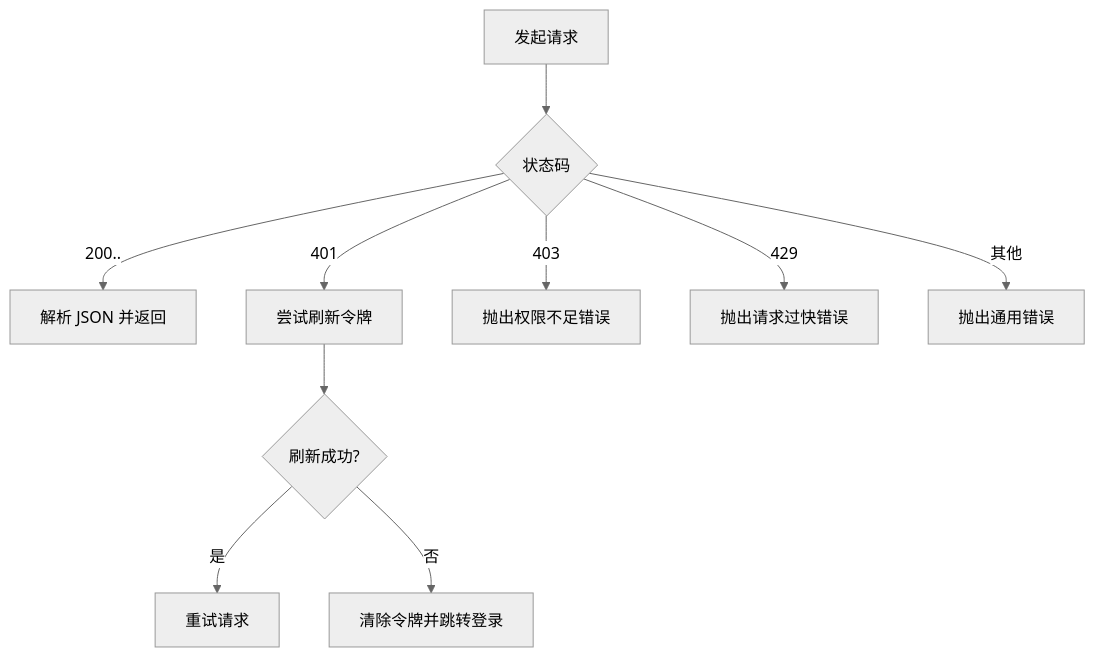
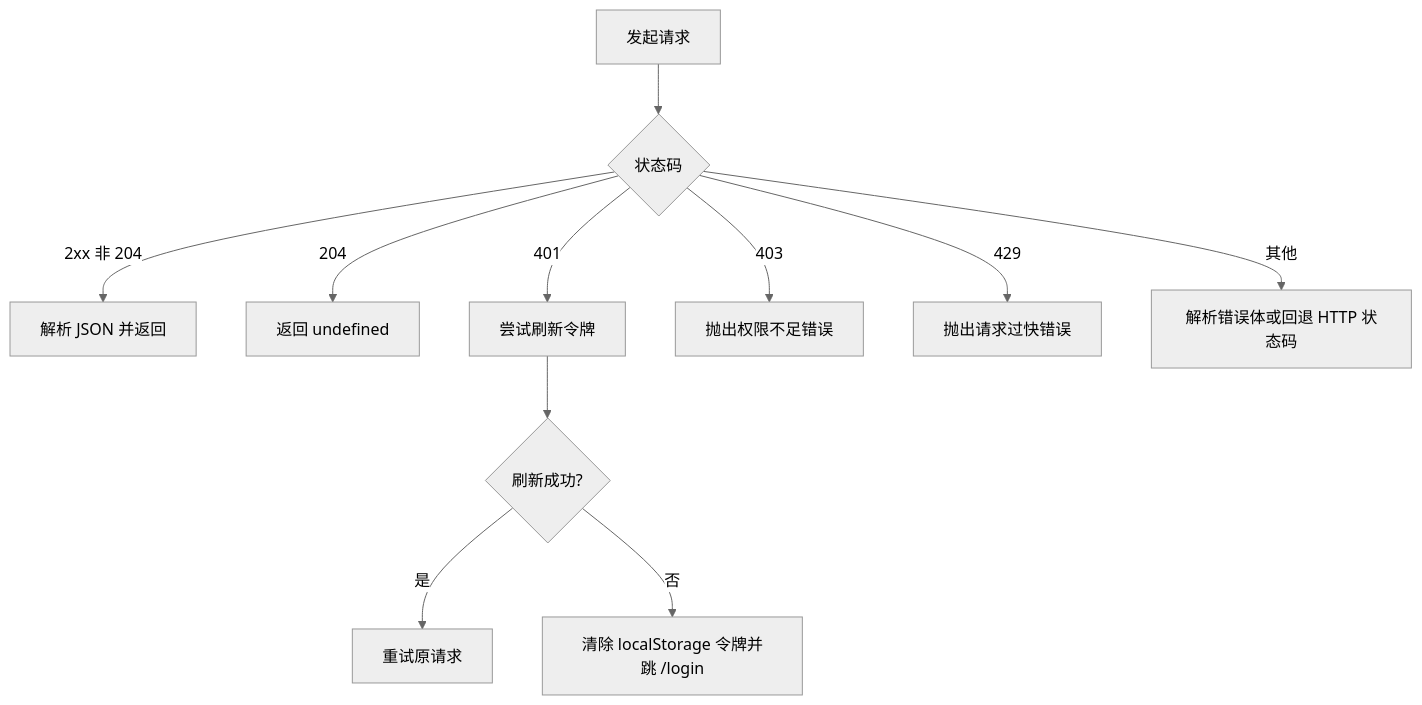
One commit to x01n/My-OpenWaf changed the fifth of 9 diagrams in docs/前端管理界面/前端管理界面.md. Above: the diagram before and after it, drawn with Mermaid (neutral theme). The commit also changed other lines of this file and 622 other files, not shown here.

````diff
--- a/docs/前端管理界面/前端管理界面.md
+++ b/docs/前端管理界面/前端管理界面.md
@@ -242,12 +458,13 @@
 ```mermaid
 flowchart TD
-A["发起请求"] --> B{"状态码"}
-B --> |200..| C["解析 JSON 并返回"]
-B --> |401| D["尝试刷新令牌"]
-D --> E{"刷新成功?"}
-E --> |是| F["重试请求"]
-E --> |否| G["清除令牌并跳转登录"]
-B --> |403| H["抛出权限不足错误"]
-B --> |429| I["抛出请求过快错误"]
-B --> |其他| J["抛出通用错误"]
+  A["发起请求"] --> B{"状态码"}
+  B --> |2xx 非 204| C["解析 JSON 并返回"]
+  B --> |204| D["返回 undefined"]
+  B --> |401| E["尝试刷新令牌"]
+  E --> F{"刷新成功?"}
+  F --> |是| G["重试原请求"]
+  F --> |否| H["清除 localStorage 令牌并跳 /login"]
+  B --> |403| I["抛出权限不足错误"]
+  B --> |429| J["抛出请求过快错误"]
+  B --> |其他| K["解析错误体或回退 HTTP 状态码"]
 ```
````
